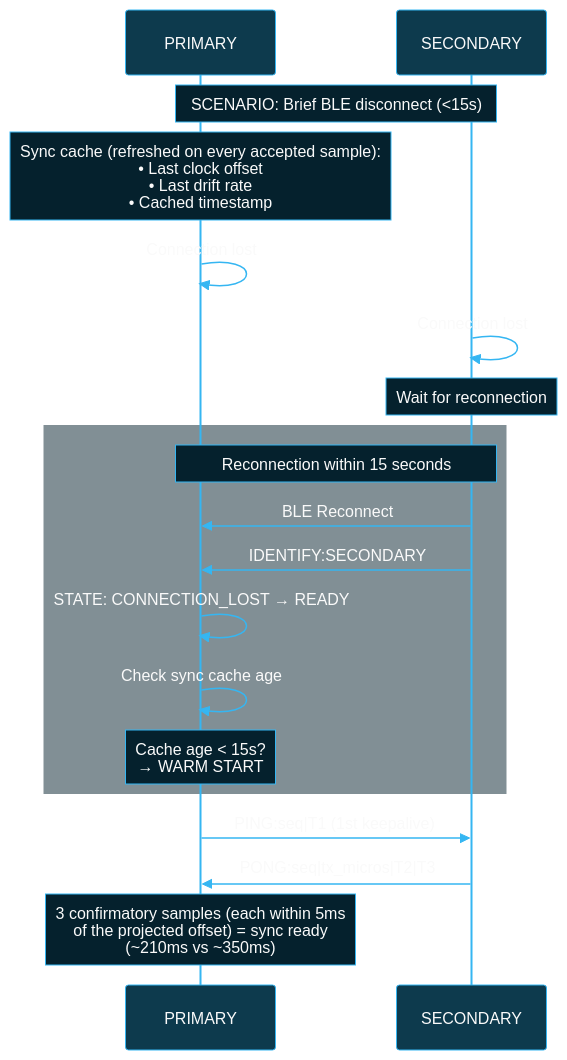
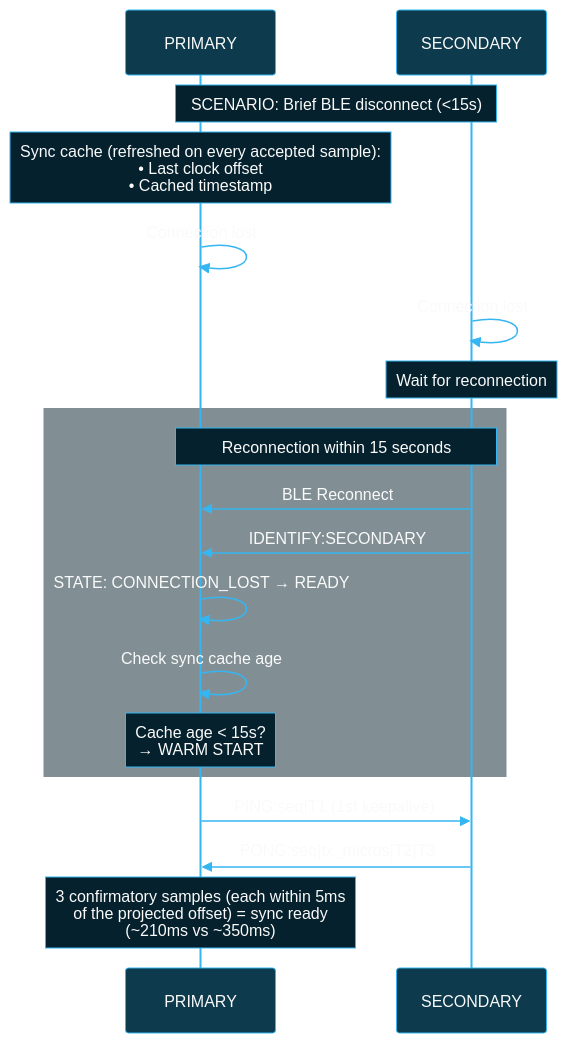
The fifth of 11 diagrams in docs/THERAPY_SESSION_FLOW.md (BlueBuzzah/BlueBuzzah-Firmware), drawn with Mermaid before and after one commit. The commit also changed other lines of this file and 8 other files, not shown here.

Commit message:
docs: remove sync drift and asymmetry

````diff
--- a/docs/THERAPY_SESSION_FLOW.md
+++ b/docs/THERAPY_SESSION_FLOW.md
@@ -322,50 +322,50 @@
 ```mermaid
 %%{init: {'theme': 'base', 'themeVariables': {
   'primaryColor': '#0d3a4d',
   'primaryTextColor': '#fafafa',
   'primaryBorderColor': '#35B6F2',
   'lineColor': '#35B6F2',
   'secondaryColor': '#05212D',
   'tertiaryColor': '#0a0a0a',
   'background': '#0a0a0a',
   'actorBkg': '#0d3a4d',
   'actorBorder': '#35B6F2',
   'actorTextColor': '#fafafa',
   'actorLineColor': '#35B6F2',
   'signalColor': '#35B6F2',
   'signalTextColor': '#fafafa',
   'labelBoxBkgColor': '#05212D',
   'labelBoxBorderColor': '#35B6F2',
   'labelTextColor': '#fafafa',
   'loopTextColor': '#fafafa',
   'noteBkgColor': '#05212D',
   'noteBorderColor': '#35B6F2',
   'noteTextColor': '#fafafa',
   'activationBkgColor': '#0d3a4d',
   'activationBorderColor': '#35B6F2',
   'sequenceNumberColor': '#fafafa'
 }}}%%
 sequenceDiagram
     participant P as PRIMARY
     participant S as SECONDARY
 
     Note over P,S: SCENARIO: Brief BLE disconnect (<15s)
 
-    Note over P: Sync cache (refreshed on every accepted sample):<br/>• Last clock offset<br/>• Last drift rate<br/>• Cached timestamp
+    Note over P: Sync cache (refreshed on every accepted sample):<br/>• Last clock offset<br/>• Cached timestamp
     P->>P: Connection lost
     S->>S: Connection lost
     Note over S: Wait for reconnection
 
     rect rgba(5, 33, 45, 0.5)
         Note over P,S: Reconnection within 15 seconds
         S->>P: BLE Reconnect
         S->>P: IDENTIFY:SECONDARY
         P->>P: STATE: CONNECTION_LOST → READY
         P->>P: Check sync cache age
         Note over P: Cache age < 15s?<br/>→ WARM START
     end
 
     P->>S: PING:seq|T1 (1st keepalive)
     S->>P: PONG:seq|tx_micros|T2|T3
     Note over P: 3 confirmatory samples (each within 5ms<br/>of the projected offset) = sync ready<br/>(~210ms vs ~350ms)
 ```
````
